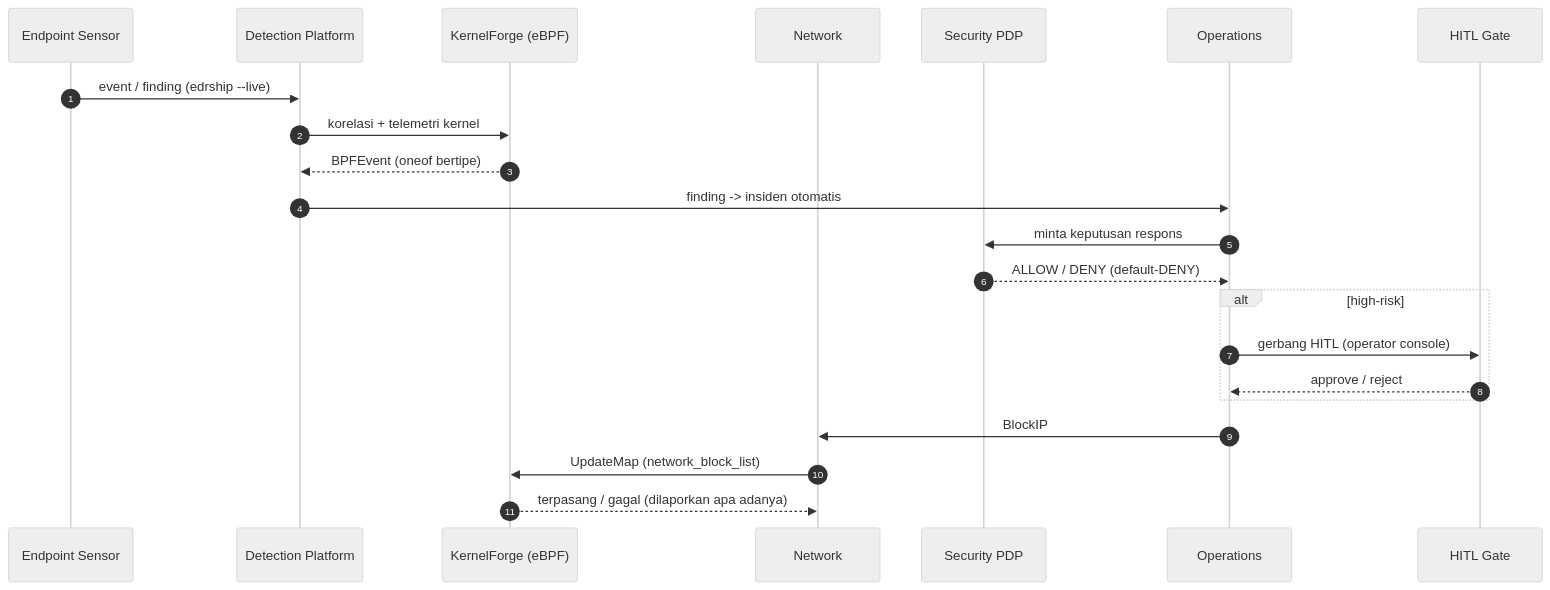
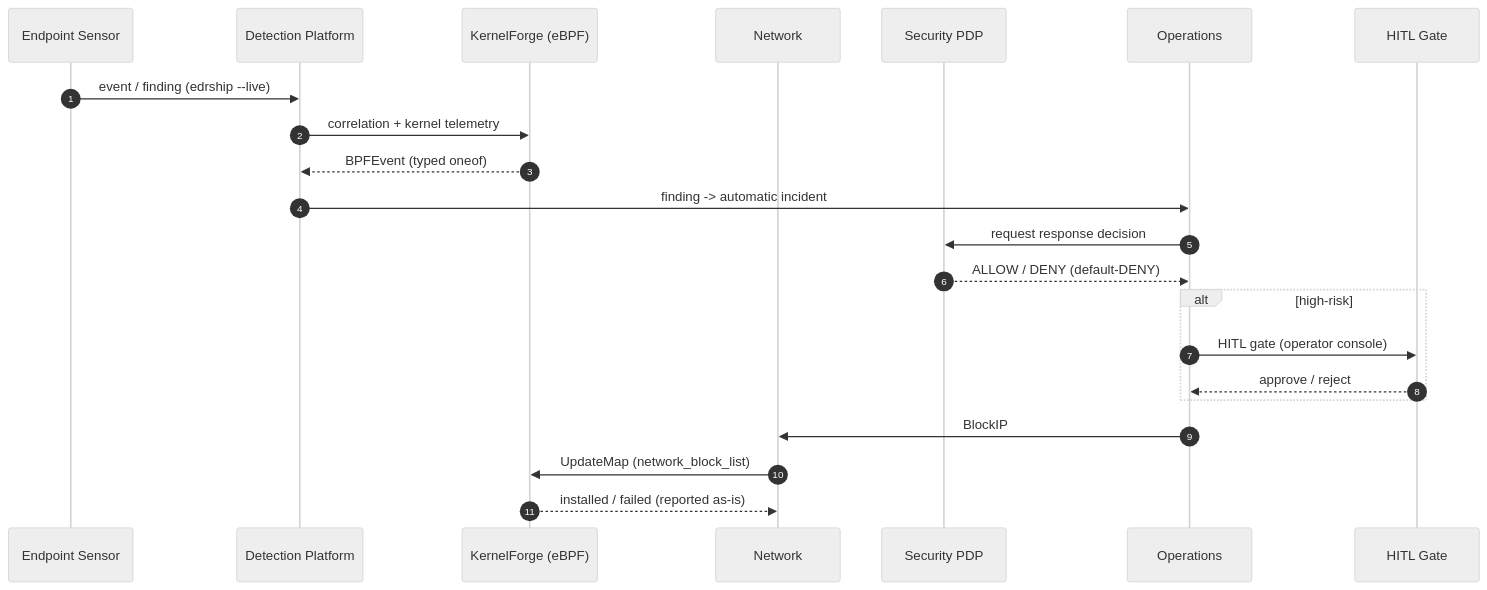
One commit to renaldyhidayatt/renaldyhidayatt.github.io changed the sixth of 7 diagrams in src/content/portfolio/pieroloka-golang.mdx. Above: the diagram before and after it, drawn with Mermaid (neutral theme). The commit also changed other lines of this file and 97 other files, not shown here.

````diff
--- a/src/content/portfolio/pieroloka-golang.mdx
+++ b/src/content/portfolio/pieroloka-golang.mdx
@@ -365,25 +366,25 @@
 ```mermaid
 sequenceDiagram
     autonumber
     participant EDR as Endpoint Sensor
     participant DET as Detection Platform
     participant KF as KernelForge (eBPF)
     participant NET as Network
     participant PDP as Security PDP
     participant OPS as Operations
     participant HITL as HITL Gate
 
     EDR->>DET: event / finding (edrship --live)
-    DET->>KF: korelasi + telemetri kernel
-    KF-->>DET: BPFEvent (oneof bertipe)
-    DET->>OPS: finding -> insiden otomatis
-    OPS->>PDP: minta keputusan respons
+    DET->>KF: correlation + kernel telemetry
+    KF-->>DET: BPFEvent (typed oneof)
+    DET->>OPS: finding -> automatic incident
+    OPS->>PDP: request response decision
     PDP-->>OPS: ALLOW / DENY (default-DENY)
     alt high-risk
-        OPS->>HITL: gerbang HITL (operator console)
+        OPS->>HITL: HITL gate (operator console)
         HITL-->>OPS: approve / reject
     end
     OPS->>NET: BlockIP
     NET->>KF: UpdateMap (network_block_list)
-    KF-->>NET: terpasang / gagal (dilaporkan apa adanya)
+    KF-->>NET: installed / failed (reported as-is)
 ```
````
